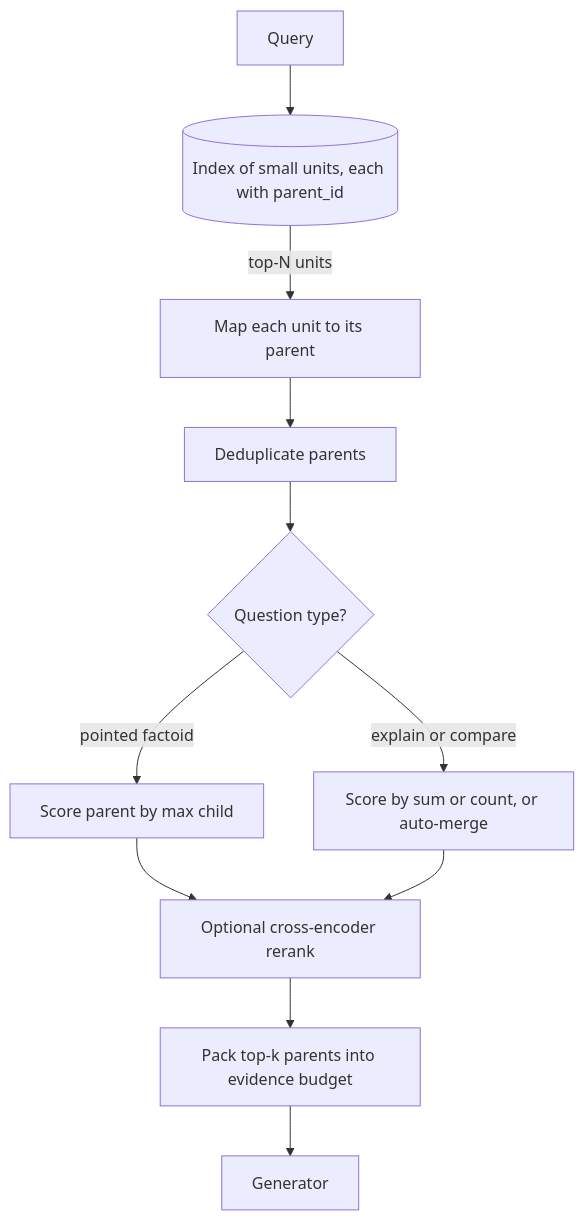
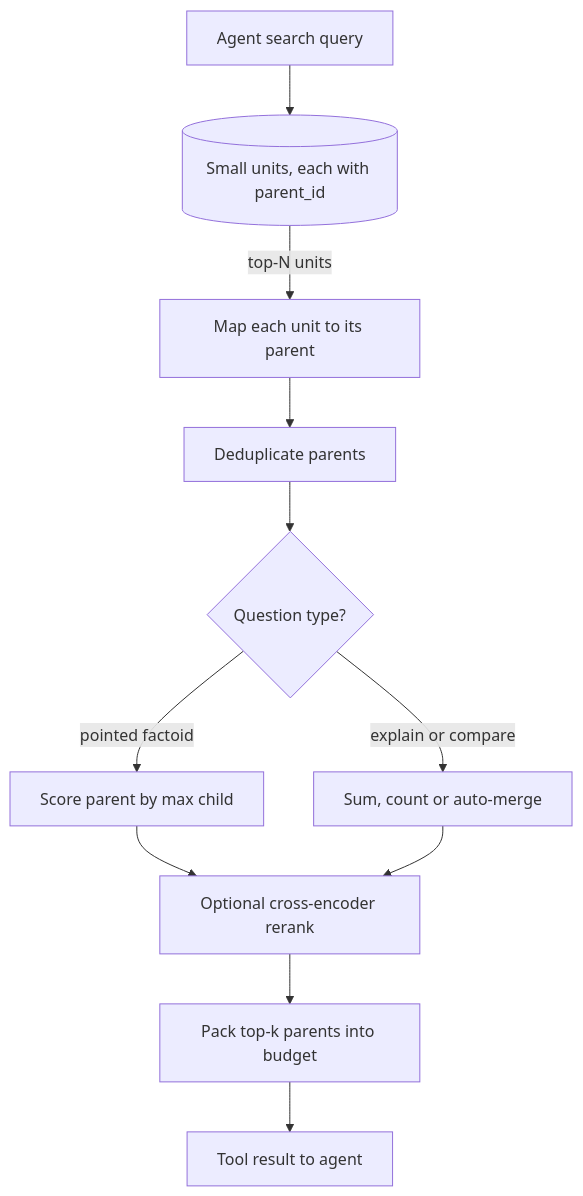
One commit to lovishmahajan97/agentic-learning changed the diagram in content/rag-retrieval/retrieval-granularity.md. Above: the diagram before and after it, drawn with Mermaid. The commit also changed other lines of this file and 266 other files, not shown here.

````diff
--- a/content/rag-retrieval/retrieval-granularity.md
+++ b/content/rag-retrieval/retrieval-granularity.md
@@ -114,13 +138,13 @@
 ```mermaid
 flowchart TD
-    Q["Query"] --> V[("Index of small units, each with parent_id")]
+    Q["Agent search query"] --> V[("Small units, each with parent_id")]
     V -->|"top-N units"| P["Map each unit to its parent"]
     P --> D["Deduplicate parents"]
     D --> S{"Question type?"}
     S -->|"pointed factoid"| MX["Score parent by max child"]
-    S -->|"explain or compare"| SM["Score by sum or count, or auto-merge"]
+    S -->|"explain or compare"| SM["Sum, count or auto-merge"]
     MX --> R["Optional cross-encoder rerank"]
     SM --> R
-    R --> B["Pack top-k parents into evidence budget"]
-    B --> G["Generator"]
+    R --> B["Pack top-k parents into budget"]
+    B --> G["Tool result to agent"]
 ```
````
